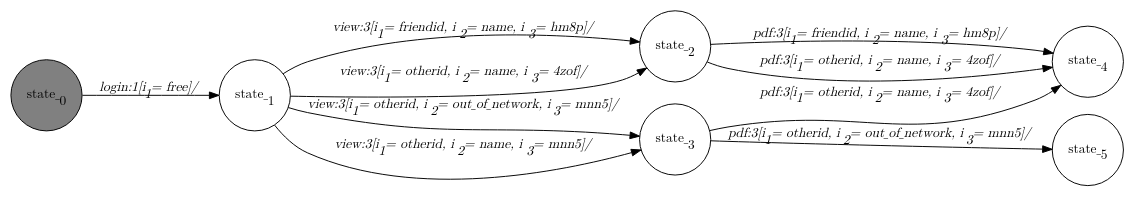
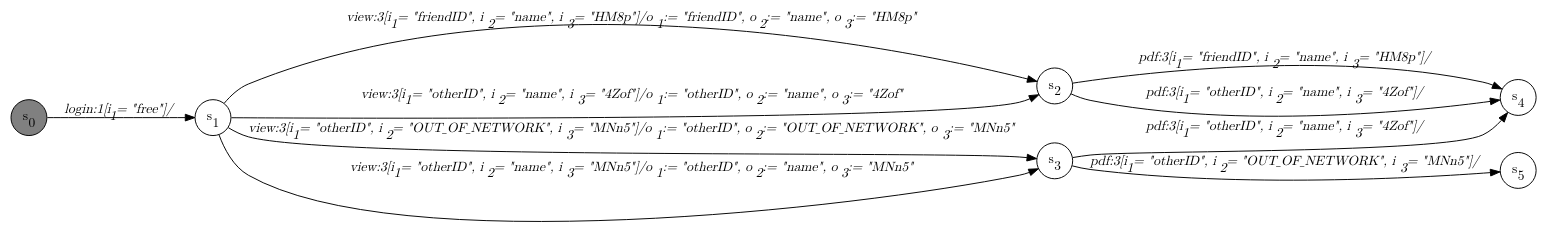
One commit to jmafoster1/efsm-sal changed the diagram in dotfiles/LinkedIn.dot. Above: the diagram before and after it, drawn with Graphviz. The commit also changed 21 other files, not shown here.

```diff
--- a/dotfiles/LinkedIn.dot
+++ b/dotfiles/LinkedIn.dot
@@ -1,22 +1,22 @@
 digraph LinkedIn{
    graph [rankdir="LR", fontname="Latin Modern Math"];
    node [color="black", fillcolor="white", shape="circle", style="filled", fontname="Latin Modern Math"];
    edge [fontname="Latin Modern Math"];
 
-   State_0[fillcolor="gray", label=<state_<sub>0</sub>>];
-   State_1[label=<state_<sub>1</sub>>];
-   State_2[label=<state_<sub>2</sub>>];
-   State_3[label=<state_<sub>3</sub>>];
-   State_4[label=<state_<sub>4</sub>>];
-   State_5[label=<state_<sub>5</sub>>];
+   s0[fillcolor="gray", label=<s<sub>0</sub>>];
+   s1[label=<s<sub>1</sub>>];
+   s2[label=<s<sub>2</sub>>];
+   s3[label=<s<sub>3</sub>>];
+   s4[label=<s<sub>4</sub>>];
+   s5[label=<s<sub>5</sub>>];
 
-   State_0->State_1[label=<<i>login:1&#91;i<sub>1</sub> = free&#93;/</i>>];
-   State_1->State_2[label=<<i>view:3&#91;i<sub>1</sub> = friendid, i<sub>2</sub> = name, i<sub>3</sub> = hm8p&#93;/</i>>];
-   State_1->State_2[label=<<i>view:3&#91;i<sub>1</sub> = otherid, i<sub>2</sub> = name, i<sub>3</sub> = 4zof&#93;/</i>>];
-   State_1->State_3[label=<<i>view:3&#91;i<sub>1</sub> = otherid, i<sub>2</sub> = out_of_network, i<sub>3</sub> = mnn5&#93;/</i>>];
-   State_1->State_3[label=<<i>view:3&#91;i<sub>1</sub> = otherid, i<sub>2</sub> = name, i<sub>3</sub> = mnn5&#93;/</i>>];
-   State_2->State_4[label=<<i>pdf:3&#91;i<sub>1</sub> = friendid, i<sub>2</sub> = name, i<sub>3</sub> = hm8p&#93;/</i>>];
-   State_3->State_4[label=<<i>pdf:3&#91;i<sub>1</sub> = otherid, i<sub>2</sub> = name, i<sub>3</sub> = 4zof&#93;/</i>>];
-   State_2->State_4[label=<<i>pdf:3&#91;i<sub>1</sub> = otherid, i<sub>2</sub> = name, i<sub>3</sub> = 4zof&#93;/</i>>];
-   State_3->State_5[label=<<i>pdf:3&#91;i<sub>1</sub> = otherid, i<sub>2</sub> = out_of_network, i<sub>3</sub> = mnn5&#93;/</i>>];
+   s0->s1[label=<<i>login:1&#91;i<sub>1</sub> = "free"&#93;/</i>>];
+   s1->s2[label=<<i>view:3&#91;i<sub>1</sub> = "friendID", i<sub>2</sub> = "name", i<sub>3</sub> = "HM8p"&#93;/o<sub>1</sub> := "friendID", o<sub>2</sub> := "name", o<sub>3</sub> := "HM8p"</i>>];
+   s1->s2[label=<<i>view:3&#91;i<sub>1</sub> = "otherID", i<sub>2</sub> = "name", i<sub>3</sub> = "4Zof"&#93;/o<sub>1</sub> := "otherID", o<sub>2</sub> := "name", o<sub>3</sub> := "4Zof"</i>>];
+   s1->s3[label=<<i>view:3&#91;i<sub>1</sub> = "otherID", i<sub>2</sub> = "OUT_OF_NETWORK", i<sub>3</sub> = "MNn5"&#93;/o<sub>1</sub> := "otherID", o<sub>2</sub> := "OUT_OF_NETWORK", o<sub>3</sub> := "MNn5"</i>>];
+   s1->s3[label=<<i>view:3&#91;i<sub>1</sub> = "otherID", i<sub>2</sub> = "name", i<sub>3</sub> = "MNn5"&#93;/o<sub>1</sub> := "otherID", o<sub>2</sub> := "name", o<sub>3</sub> := "MNn5"</i>>];
+   s2->s4[label=<<i>pdf:3&#91;i<sub>1</sub> = "friendID", i<sub>2</sub> = "name", i<sub>3</sub> = "HM8p"&#93;/</i>>];
+   s3->s4[label=<<i>pdf:3&#91;i<sub>1</sub> = "otherID", i<sub>2</sub> = "name", i<sub>3</sub> = "4Zof"&#93;/</i>>];
+   s2->s4[label=<<i>pdf:3&#91;i<sub>1</sub> = "otherID", i<sub>2</sub> = "name", i<sub>3</sub> = "4Zof"&#93;/</i>>];
+   s3->s5[label=<<i>pdf:3&#91;i<sub>1</sub> = "otherID", i<sub>2</sub> = "OUT_OF_NETWORK", i<sub>3</sub> = "MNn5"&#93;/</i>>];
 }
```
